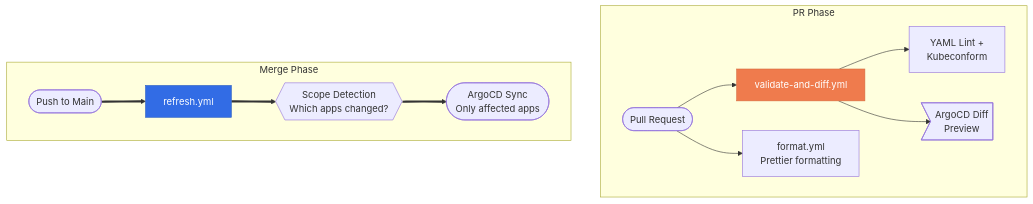
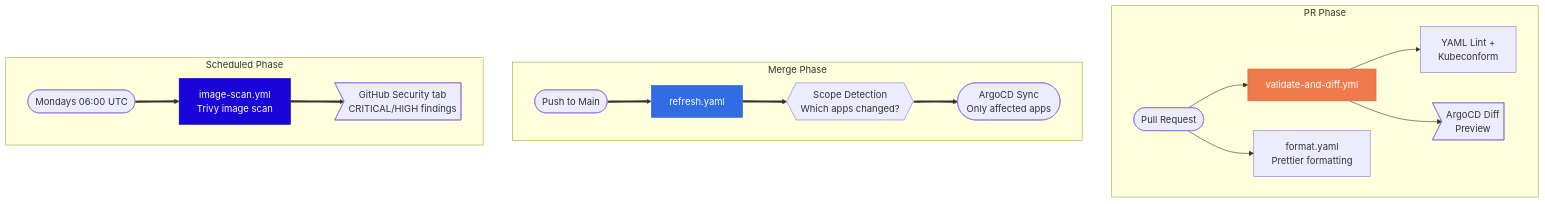
One commit to Starktastic-Homelab/apps changed the third of 3 diagrams in README.md. Above: the diagram before and after it, drawn with Mermaid. The commit also changed other lines of this file and 28 other files, not shown here.

First line of the commit message:
docs: convert key architecture diagrams to D2 with rendered images (#884)

````diff
--- a/README.md
+++ b/README.md
@@ -381,20 +266,27 @@
 ```mermaid
 flowchart TD
     subgraph pr["PR Phase"]
         PR([Pull Request]) --> VAL[validate-and-diff.yml]
         VAL --> LINT["YAML Lint +\nKubeconform"]
         VAL --> DIFF>ArgoCD Diff\nPreview]
-        PR --> FMT[format.yml\nPrettier formatting]
+        PR --> FMT[format.yaml\nPrettier formatting]
     end
 
     subgraph merge["Merge Phase"]
-        MERGE([Push to Main]) ==> REF[refresh.yml]
+        MERGE([Push to Main]) ==> REF[refresh.yaml]
         REF ==> SCOPE{{"Scope Detection\nWhich apps changed?"}}
         SCOPE ==> SYNC(["ArgoCD Sync\nOnly affected apps"])
     end
 
+    subgraph sched["Scheduled Phase"]
+        CRON([Mondays 06:00 UTC]) ==> SCAN[image-scan.yml\nTrivy image scan]
+        SCAN ==> SEC>"GitHub Security tab\nCRITICAL/HIGH findings"]
+    end
+
     classDef val fill:#EF7B4D,stroke:#D66A3D,color:#fff
     classDef ref fill:#326CE5,stroke:#2B5FC2,color:#fff
+    classDef scan fill:#1904DA,stroke:#1403B0,color:#fff
     class VAL val
     class REF ref
+    class SCAN scan
 ```
````
